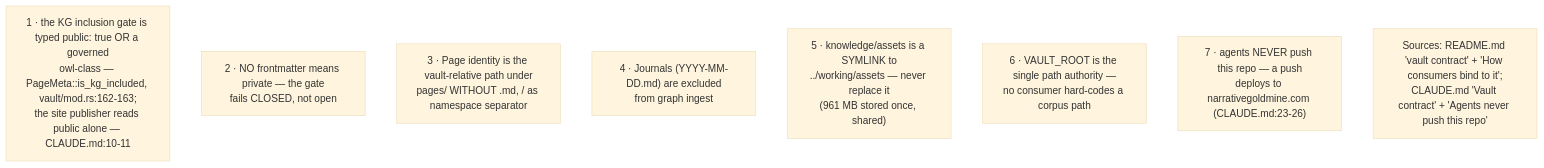
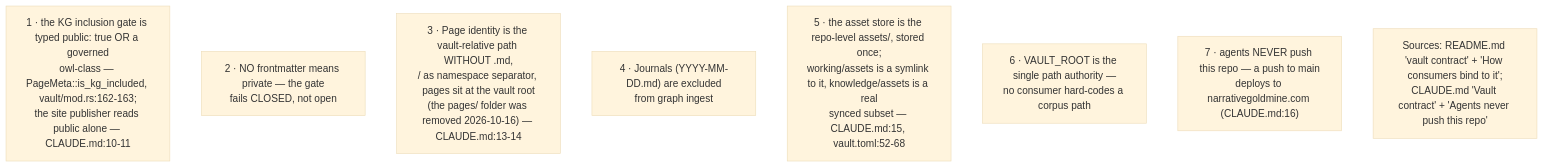
The first of 4 diagrams in docs/diagrams/visiongraph/05-invariants-register.md (DreamLab-AI/VisionFlow), drawn with Mermaid (base theme) before and after one commit. The commit also changed other lines of this file and 160 other files, not shown here.

````diff
--- a/docs/diagrams/visiongraph/05-invariants-register.md
+++ b/docs/diagrams/visiongraph/05-invariants-register.md
@@ -21,11 +23,11 @@
 ```mermaid
 flowchart TB
     I1["1 · the KG inclusion gate is typed public: true OR a governed<br/>owl-class — PageMeta::is_kg_included, vault/mod.rs:162-163;<br/>the site publisher reads public alone — CLAUDE.md:10-11"]
     I2["2 · NO frontmatter means private — the gate<br/>fails CLOSED, not open"]
-    I3["3 · Page identity is the vault-relative path under<br/>pages/ WITHOUT .md, / as namespace separator"]
+    I3["3 · Page identity is the vault-relative path WITHOUT .md,<br/>/ as namespace separator, pages sit at the vault root<br/>(the pages/ folder was removed 2026-10-16) — CLAUDE.md:13-14"]
     I4["4 · Journals #40;YYYY-MM-DD.md#41; are excluded<br/>from graph ingest"]
-    I5["5 · knowledge/assets is a SYMLINK to<br/>../working/assets — never replace it<br/>#40;961 MB stored once, shared#41;"]
+    I5["5 · the asset store is the repo-level assets/, stored once;<br/>working/assets is a symlink to it, knowledge/assets is a real<br/>synced subset — CLAUDE.md:15, vault.toml:52-68"]
     I6["6 · VAULT_ROOT is the single path authority —<br/>no consumer hard-codes a corpus path"]
-    I7["7 · agents NEVER push this repo — a push<br/>deploys to narrativegoldmine.com #40;CLAUDE.md:23-26#41;"]
+    I7["7 · agents NEVER push this repo — a push to main<br/>deploys to narrativegoldmine.com #40;CLAUDE.md:16#41;"]
     note1["Sources: README.md 'vault contract' + 'How consumers bind to it';<br/>CLAUDE.md 'Vault contract' + 'Agents never push this repo'"]
 ```
````
